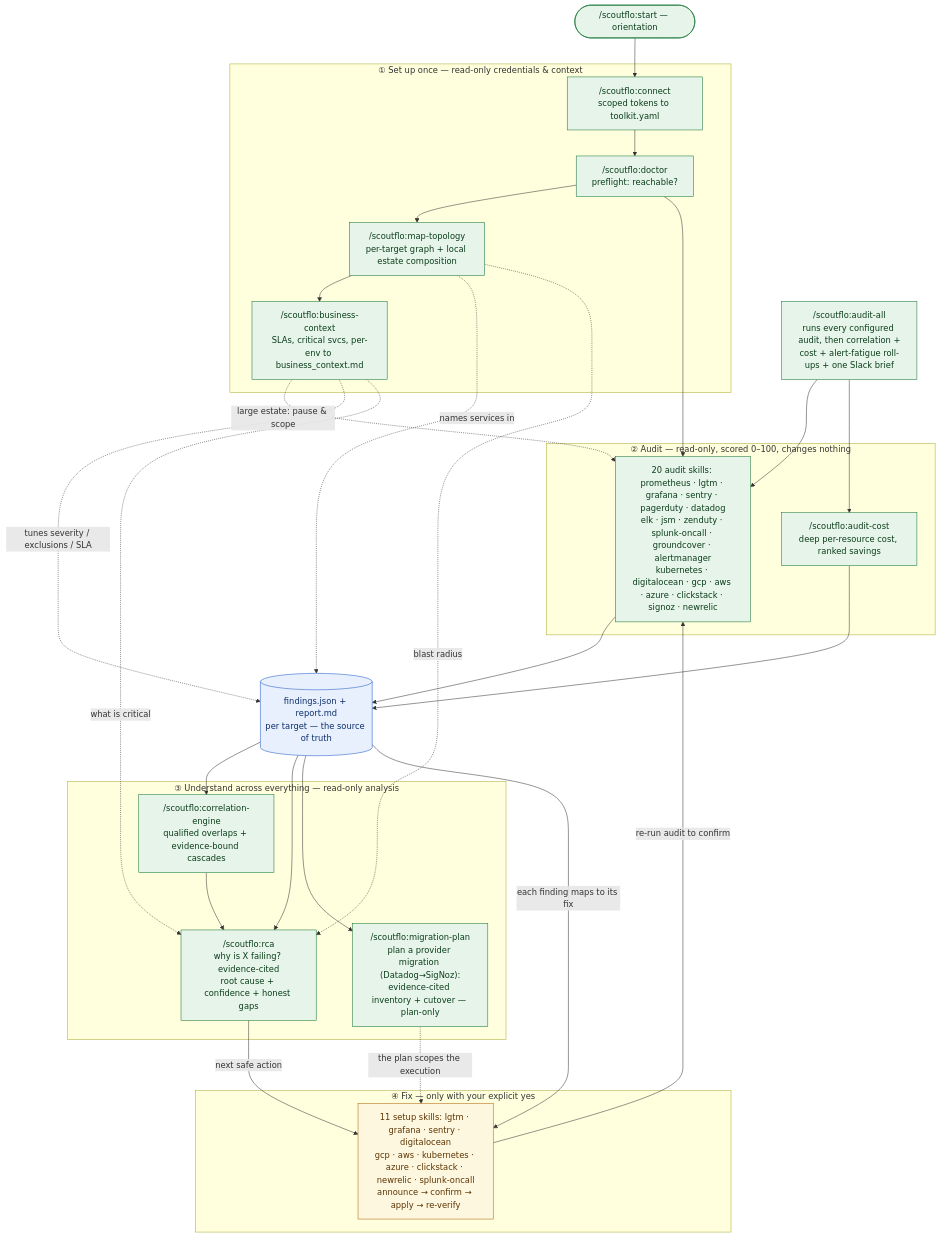
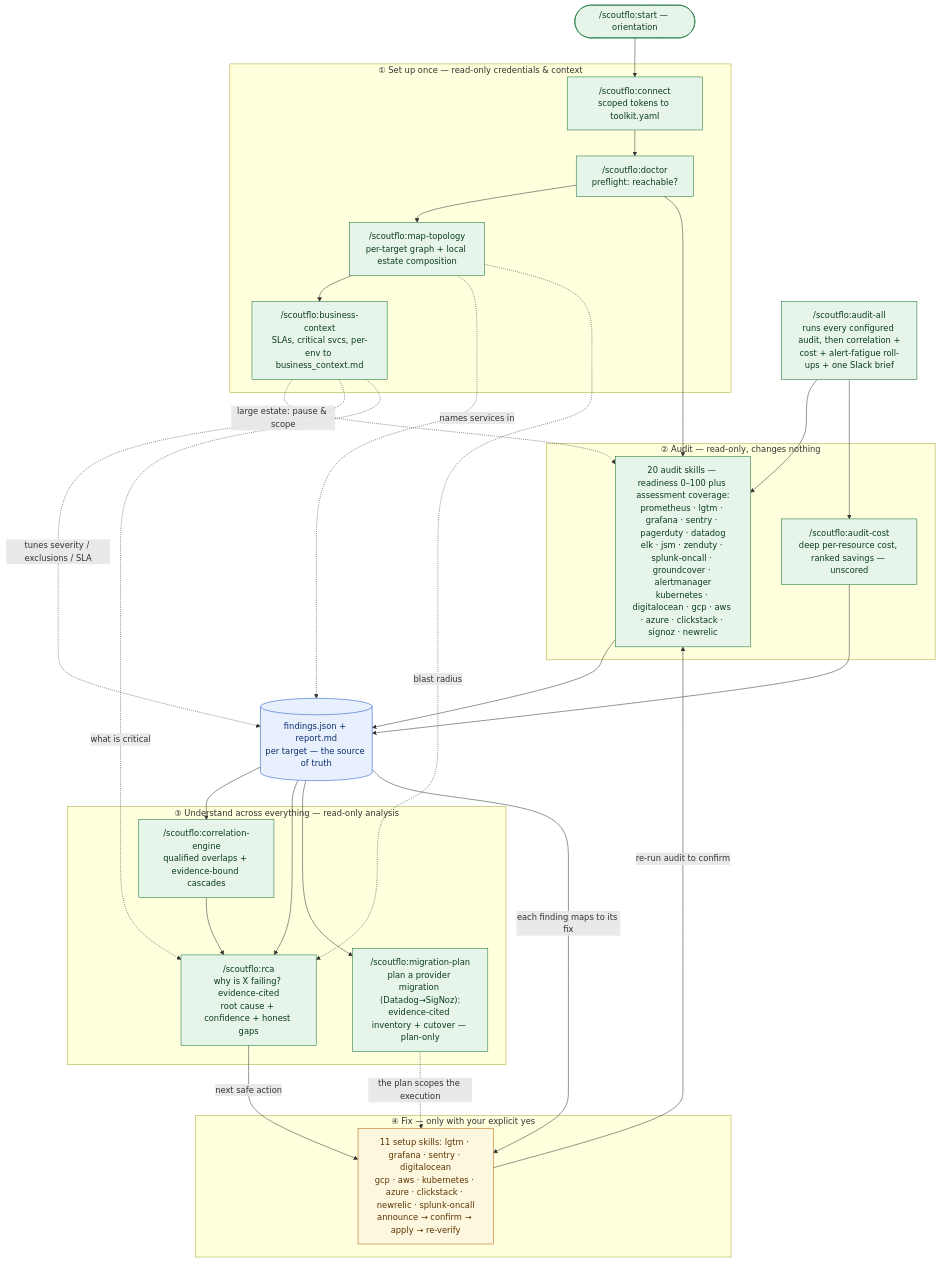
One commit to Scoutflo/ai-readiness changed the diagram in README.md. Above: the diagram before and after it, drawn with Mermaid. The commit also changed other lines of this file and 42 other files, not shown here.

````diff
--- a/README.md
+++ b/README.md
@@ -20,57 +20,57 @@
 ```mermaid
 flowchart TD
     start(["/scoutflo:start — orientation"])
 
     subgraph SETUP["① Set up once — read-only credentials & context"]
         connect["/scoutflo:connect<br/>scoped tokens to toolkit.yaml"]
         doctor["/scoutflo:doctor<br/>preflight: reachable?"]
         topo["/scoutflo:map-topology<br/>per-target graph + local estate composition"]
         bctx["/scoutflo:business-context<br/>SLAs, critical svcs, per-env to business_context.md"]
     end
 
-    subgraph AUDIT["② Audit — read-only, scored 0–100, changes nothing"]
-        aud["20 audit skills: prometheus · lgtm · grafana · sentry · pagerduty · datadog<br/>elk · jsm · zenduty · splunk-oncall · groundcover · alertmanager<br/>kubernetes · digitalocean · gcp · aws · azure · clickstack · signoz · newrelic"]
-        cost["/scoutflo:audit-cost<br/>deep per-resource cost, ranked savings"]
+    subgraph AUDIT["② Audit — read-only, changes nothing"]
+        aud["20 audit skills — readiness 0–100 plus assessment coverage:<br/>prometheus · lgtm · grafana · sentry · pagerduty · datadog<br/>elk · jsm · zenduty · splunk-oncall · groundcover · alertmanager<br/>kubernetes · digitalocean · gcp · aws · azure · clickstack · signoz · newrelic"]
+        cost["/scoutflo:audit-cost<br/>deep per-resource cost, ranked savings — unscored"]
     end
 
     all["/scoutflo:audit-all<br/>runs every configured audit, then correlation +<br/>cost + alert-fatigue roll-ups + one Slack brief"]
     findings[("findings.json + report.md<br/>per target — the source of truth")]
 
     subgraph CORRELATE["③ Understand across everything — read-only analysis"]
         corr["/scoutflo:correlation-engine<br/>qualified overlaps + evidence-bound cascades"]
         rca["/scoutflo:rca<br/>why is X failing? evidence-cited<br/>root cause + confidence + honest gaps"]
         mig["/scoutflo:migration-plan<br/>plan a provider migration (Datadog→SigNoz):<br/>evidence-cited inventory + cutover — plan-only"]
     end
 
     subgraph FIX["④ Fix — only with your explicit yes"]
         setup["11 setup skills: lgtm · grafana · sentry · digitalocean<br/>gcp · aws · kubernetes · azure · clickstack · newrelic · splunk-oncall<br/>announce → confirm → apply → re-verify"]
     end
 
     start --> connect --> doctor
     doctor --> topo --> bctx
     bctx -.->|large estate: pause & scope| aud
     doctor --> aud
     aud --> findings
     cost --> findings
     all --> aud
     all --> cost
     topo -. names services in .-> findings
     bctx -. tunes severity / exclusions / SLA .-> findings
     findings --> corr
     corr --> rca
     topo -. blast radius .-> rca
     bctx -. what is critical .-> rca
     findings --> rca
     findings --> mig
     mig -.->|the plan scopes the execution| setup
     rca -->|next safe action| setup
     findings -->|each finding maps to its fix| setup
     setup -->|re-run audit to confirm| aud
 
     classDef ro fill:#e6f4ea,stroke:#137333,color:#0b3d1a;
     classDef write fill:#fef7e0,stroke:#b06000,color:#5c3400;
     classDef data fill:#e8f0fe,stroke:#1a56c4,color:#0b2e6b;
     class start,connect,doctor,topo,bctx,aud,cost,all,corr,rca,mig ro;
     class setup write;
     class findings data;
 ```
````
